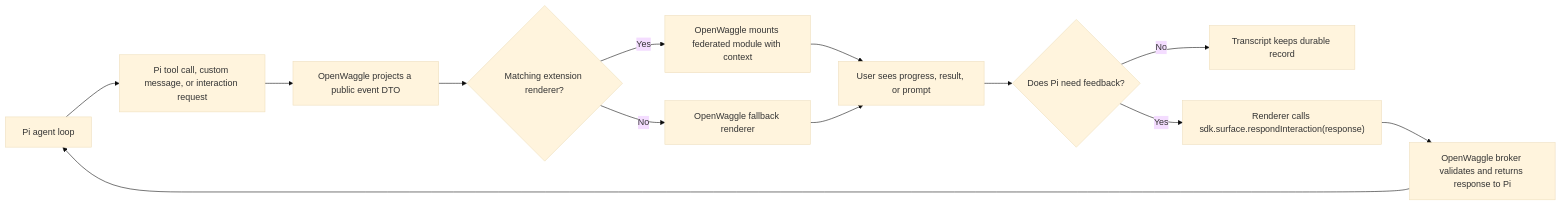
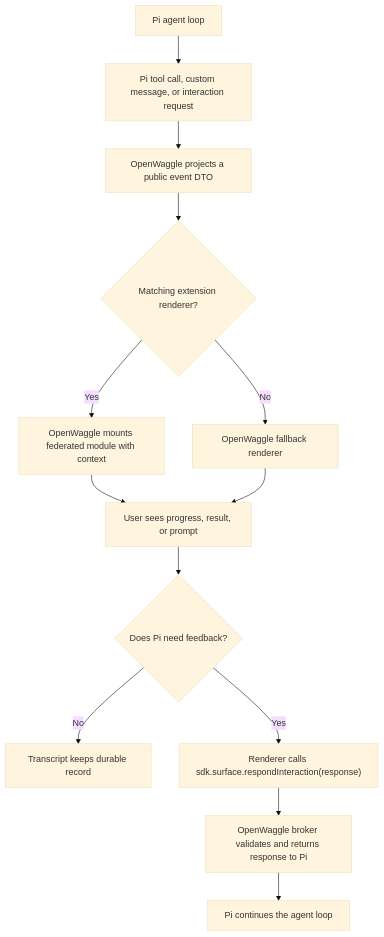
Before and after one commit to OpenWaggle/OpenWaggle: the second of 2 diagrams in website/src/content/docs/extending/openwaggle-extensions.md, drawn with Mermaid (base theme). The commit also changed 12 other files, not shown here.

First line of the commit message:
feat(website): render Mermaid diagrams at build time and open doc images at full size

````diff
--- a/website/src/content/docs/extending/openwaggle-extensions.md
+++ b/website/src/content/docs/extending/openwaggle-extensions.md
@@ -615,15 +615,15 @@
 ```mermaid
-flowchart LR
+flowchart TD
   A["Pi agent loop"] --> B["Pi tool call, custom message, or interaction request"]
   B --> C["OpenWaggle projects a public event DTO"]
   C --> D{"Matching extension renderer?"}
   D -- "Yes" --> E["OpenWaggle mounts federated module with context"]
   D -- "No" --> F["OpenWaggle fallback renderer"]
   E --> G["User sees progress, result, or prompt"]
   F --> G
   G --> H{"Does Pi need feedback?"}
   H -- "No" --> I["Transcript keeps durable record"]
   H -- "Yes" --> J["Renderer calls sdk.surface.respondInteraction(response)"]
   J --> K["OpenWaggle broker validates and returns response to Pi"]
-  K --> A
+  K --> L["Pi continues the agent loop"]
 ```
````
